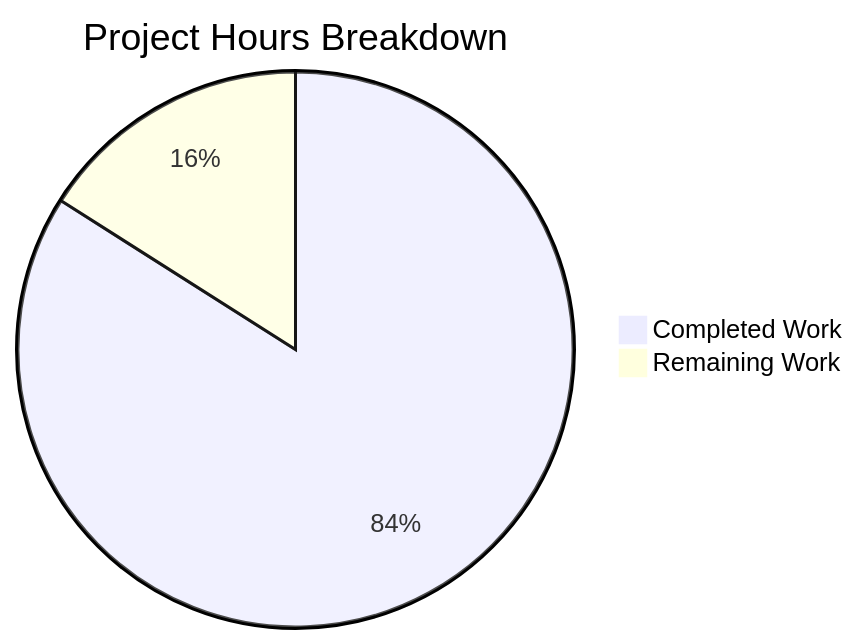
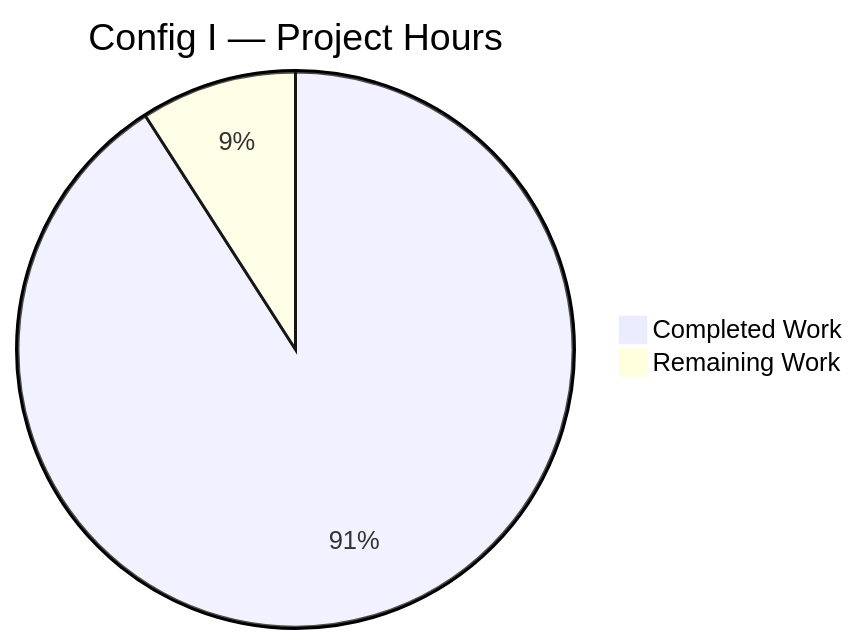
Before and after one commit to Blitzy-Sandbox/blitzy-cal: the second of 4 diagrams in blitzy/documentation/Project Guide.md, drawn with Mermaid. The commit also changed other lines of this file, not shown here.

Commit message:
Adding Blitzy Project Guide: Project Status and Human Tasks Remaining

````diff
--- a/blitzy/documentation/Project Guide.md
+++ b/blitzy/documentation/Project Guide.md
@@ -185,5 +246,5 @@
 ```mermaid
-pie title Project Hours Breakdown
-    "Completed Work" : 42
-    "Remaining Work" : 8
+pie title Config I — Project Hours
+    "Completed Work" : 40
+    "Remaining Work" : 4
 ```
````
